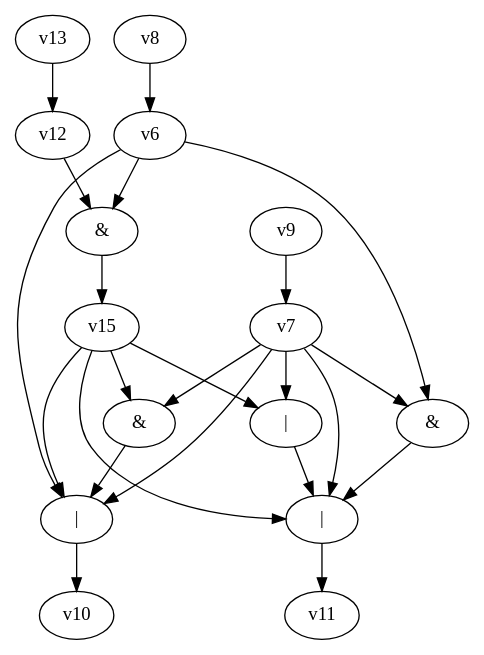
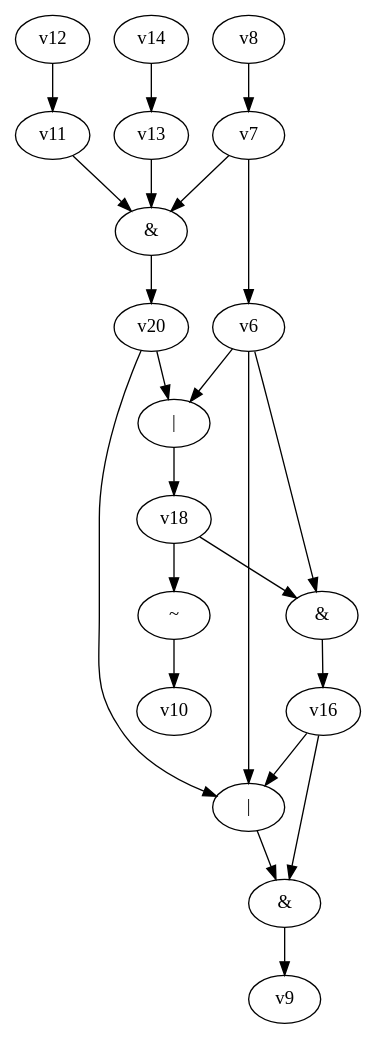
The diagram in dot_files/random_bool_circ.dot (yadej/graph_project), drawn with Graphviz before and after one commit. The commit also changed 5 other files, not shown here.

```diff
--- a/dot_files/random_bool_circ.dot
+++ b/dot_files/random_bool_circ.dot
@@ -1,29 +1,27 @@
 digraph G { 
-v0 [label="|"]; 
+v0 [label="&"]; 
 v1 [label="|"]; 
-v2 [label="&"]; 
-v3 [label="&"]; 
-v4 [label="|"]; 
-v14 [label="&"]; 
-v0 -> v10;
-v1 -> v11;
-v2 -> v0;
-v3 -> v1;
-v4 -> v1;
-v6 -> v0;
-v6 -> v3;
-v6 -> v14 -> v15;
-v7 -> v0;
-v7 -> v1;
-v7 -> v2;
-v7 -> v3;
-v7 -> v4;
-v8 -> v6;
-v9 -> v7;
-v12 -> v14;
-v13 -> v12;
-v15 -> v0;
-v15 -> v1;
-v15 -> v2;
-v15 -> v4;
+v2 [label="~"]; 
+v15 [label="&"]; 
+v17 [label="|"]; 
+v19 [label="&"]; 
+v0 -> v9;
+v1 -> v0;
+v2 -> v10;
+v6 -> v1;
+v6 -> v15 -> v16;
+v6 -> v17 -> v18;
+v7 -> v6;
+v7 -> v19 -> v20;
+v8 -> v7;
+v11 -> v19;
+v12 -> v11;
+v13 -> v19;
+v14 -> v13;
+v16 -> v0;
+v16 -> v1;
+v18 -> v2;
+v18 -> v15;
+v20 -> v1;
+v20 -> v17;
 }
```
